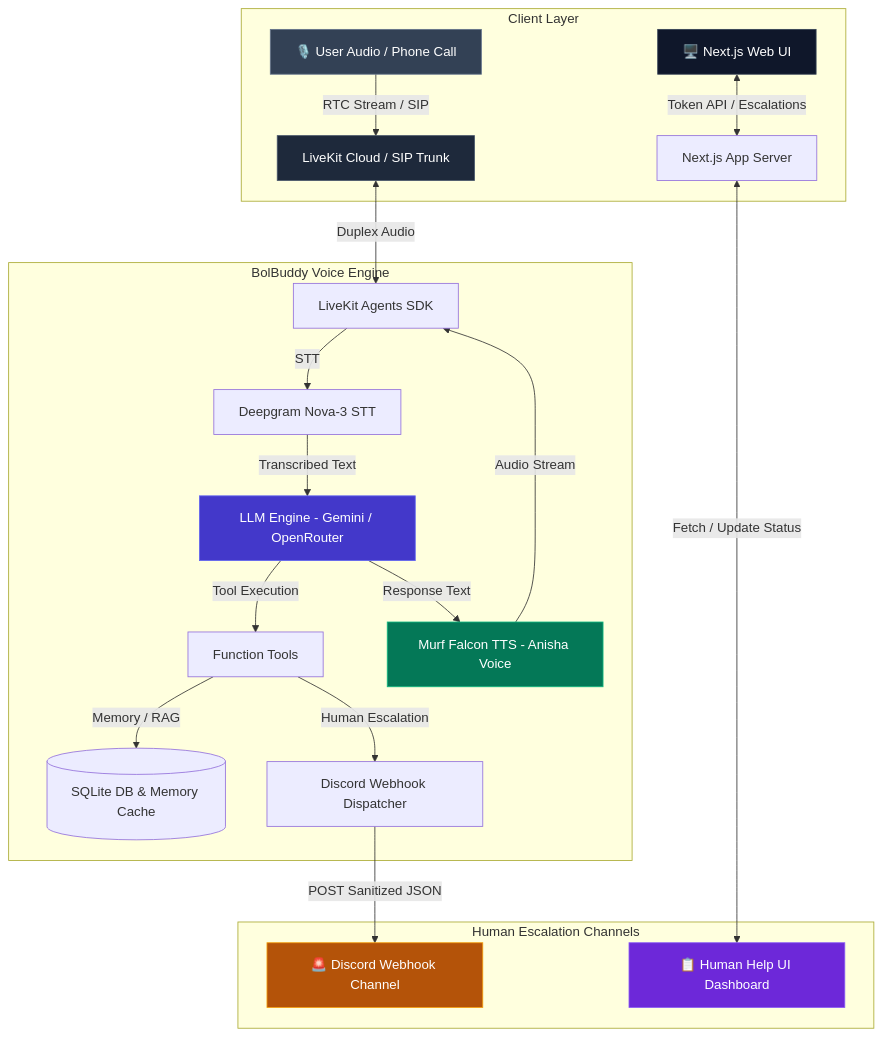
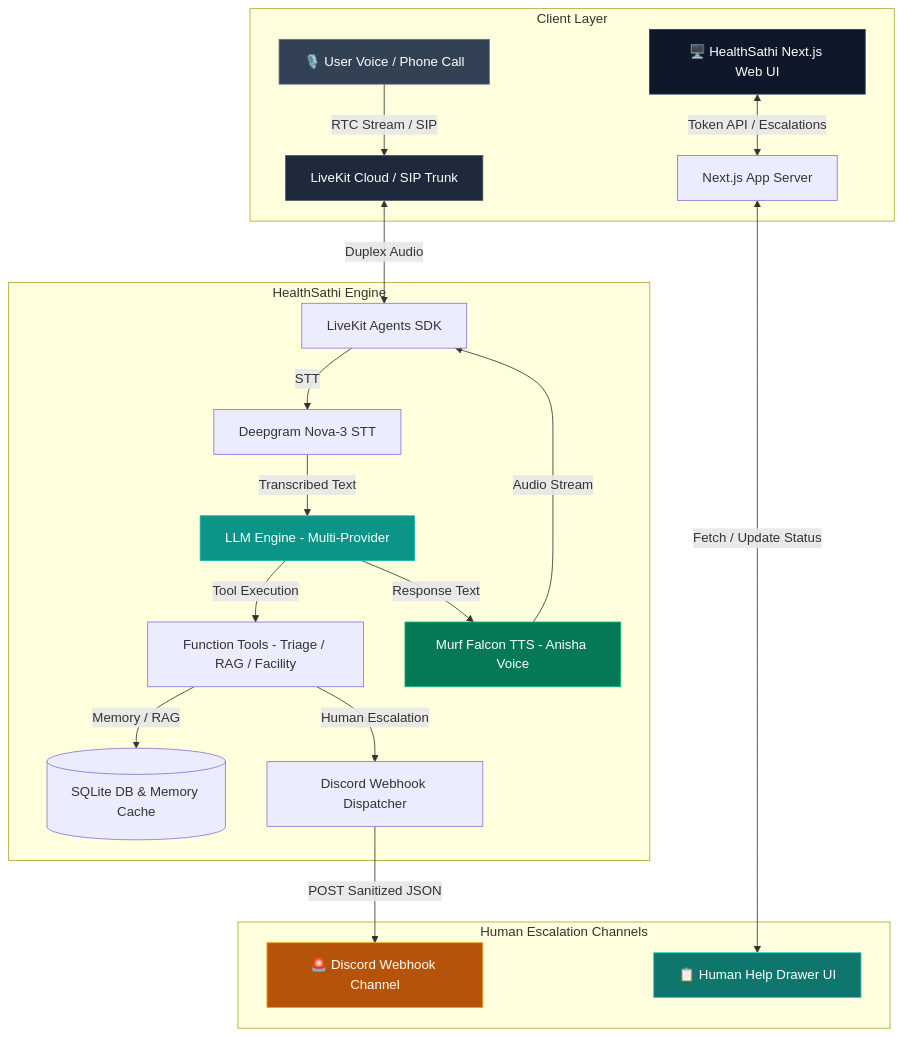
Before and after one commit to sakshichhetri845-sys/10_days_murfaibuildathonn: the diagram in README.md, drawn with Mermaid. The commit also changed other lines of this file and 85 other files, not shown here.

````diff
--- a/README.md
+++ b/README.md
@@ -24,31 +30,31 @@
 ```mermaid
 flowchart TD
     subgraph Client ["Client Layer"]
-        A[🎙️ User Audio / Phone Call] -->|RTC Stream / SIP| B[LiveKit Cloud / SIP Trunk]
-        C[🖥️ Next.js Web UI] <-->|Token API / Escalations| D[Next.js App Server]
+        A[🎙️ User Voice / Phone Call] -->|RTC Stream / SIP| B[LiveKit Cloud / SIP Trunk]
+        C[🖥️ HealthSathi Next.js Web UI] <-->|Token API / Escalations| D[Next.js App Server]
     end
 
-    subgraph Backend ["BolBuddy Voice Engine"]
+    subgraph Backend ["HealthSathi Engine"]
         B <-->|Duplex Audio| E[LiveKit Agents SDK]
         E -->|STT| F[Deepgram Nova-3 STT]
-        F -->|Transcribed Text| G[LLM Engine - Gemini / OpenRouter]
-        G -->|Tool Execution| H[Function Tools]
+        F -->|Transcribed Text| G[LLM Engine - Multi-Provider]
+        G -->|Tool Execution| H[Function Tools - Triage / RAG / Facility]
         H -->|Memory / RAG| I[(SQLite DB & Memory Cache)]
         H -->|Human Escalation| J[Discord Webhook Dispatcher]
         G -->|Response Text| K[Murf Falcon TTS - Anisha Voice]
         K -->|Audio Stream| E
     end
 
     subgraph Channels ["Human Escalation Channels"]
         J -->|POST Sanitized JSON| L[🚨 Discord Webhook Channel]
-        D <-->|Fetch / Update Status| M[📋 Human Help UI Dashboard]
+        D <-->|Fetch / Update Status| M[📋 Human Help Drawer UI]
     end
 
     style A fill:#334155,stroke:#64748B,color:#fff
     style B fill:#1E293B,stroke:#475569,color:#fff
     style C fill:#0F172A,stroke:#334155,color:#fff
-    style G fill:#4338CA,stroke:#6366F1,color:#fff
+    style G fill:#0D9488,stroke:#14B8A6,color:#fff
     style K fill:#047857,stroke:#10B981,color:#fff
     style L fill:#B45309,stroke:#F59E0B,color:#fff
-    style M fill:#6D28D9,stroke:#8B5CF6,color:#fff
+    style M fill:#0F766E,stroke:#2DD4BF,color:#fff
 ```
````
